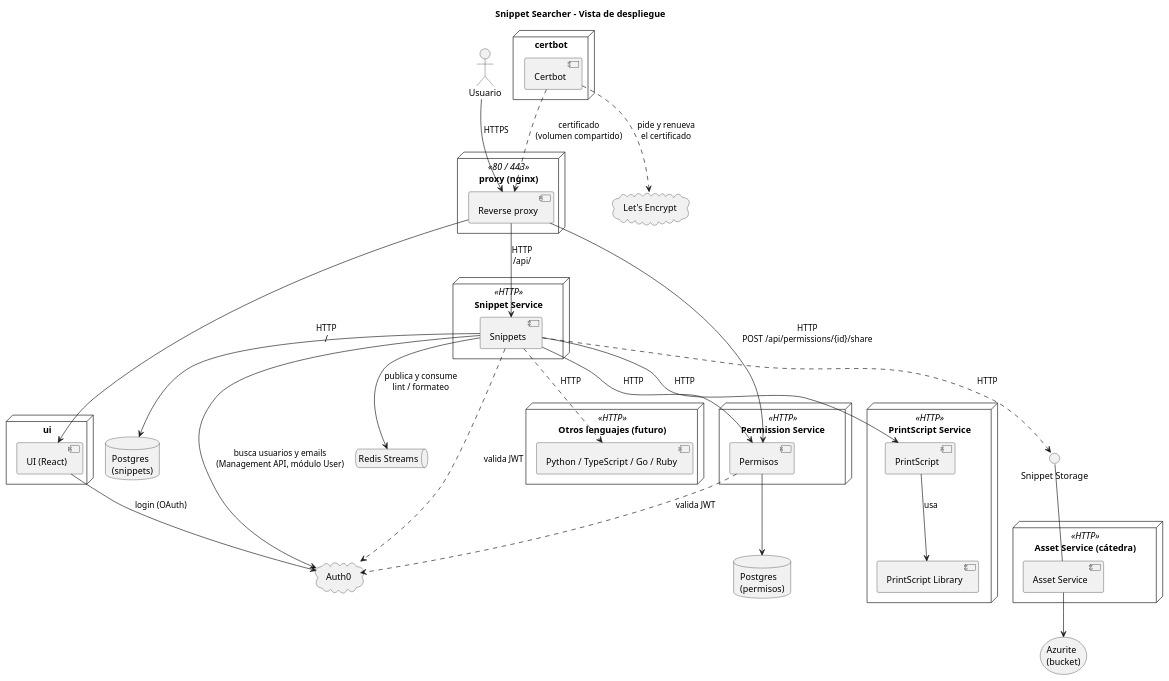
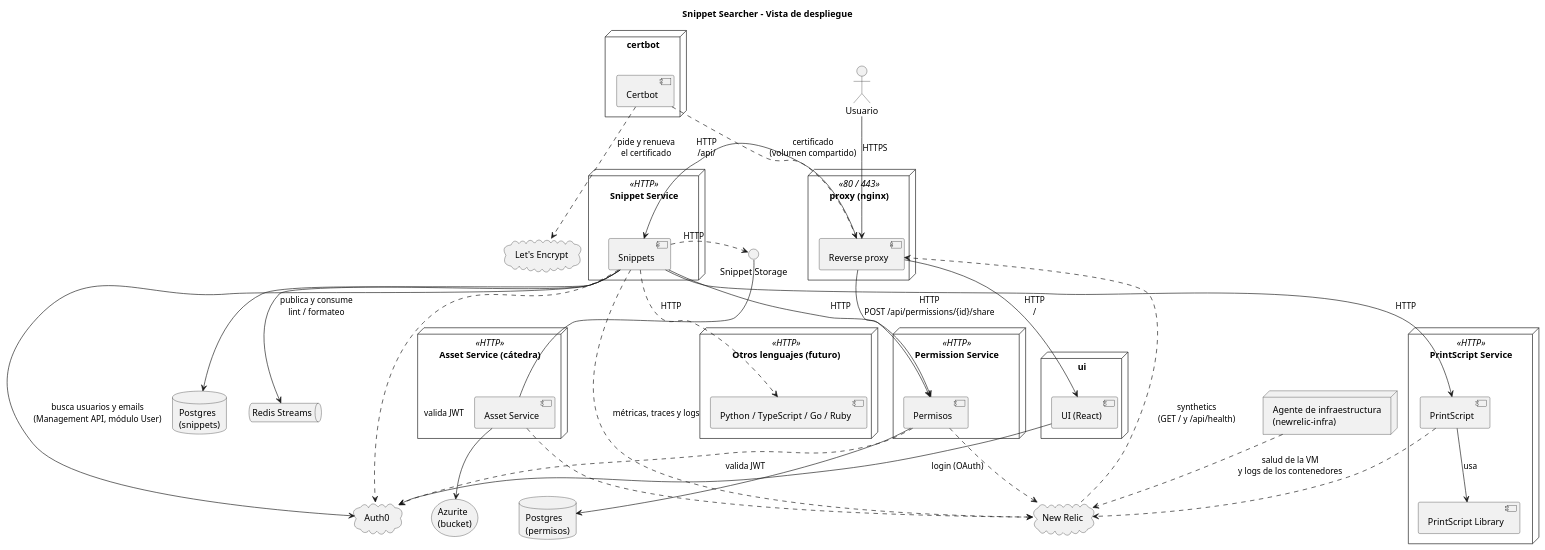
The diagram in docs/diagramas/componentes-despliegue.puml (MartinaCousido/SnippetSearcher), drawn with PlantUML before and after one commit. The commit also changed 1 other file, not shown here.

Commit message:
docs: suma New Relic al diagrama de despliegue
Refs: #80

```diff
--- a/docs/diagramas/componentes-despliegue.puml
+++ b/docs/diagramas/componentes-despliegue.puml
@@ -1,81 +1,92 @@
 @startuml componentes-despliegue
 ' Vista de despliegue: cada módulo corre como un servicio independiente
 ' que expone una API HTTP, con su propia base de datos cuando la necesita.
 ' El código de los snippets se guarda en un bucket, no en Postgres.
 ' Solo Snippets usa el Snippet Storage: a los lenguajes les manda el código.
 ' Todo entra por el proxy (nginx), con HTTPS. Adentro de la red, HTTP.
 
 title Snippet Searcher - Vista de despliegue
 skinparam componentStyle uml2
 
 actor Usuario
 
 cloud "Auth0" as Auth0
 cloud "Let's Encrypt" as LE
+cloud "New Relic" as NR
 
 node "proxy (nginx)" <<80 / 443>> as ProxyNode {
   component "Reverse proxy" as Proxy
 }
 
 node "certbot" as CertbotNode {
   component "Certbot" as Certbot
 }
 
 node "ui" as UINode {
   component "UI (React)" as UI
 }
 
 node "Permission Service" <<HTTP>> {
   component Permisos
 }
 database "Postgres\n(permisos)" as PermDB
 
 node "Snippet Service" <<HTTP>> {
   component Snippets
 }
 database "Postgres\n(snippets)" as SnipDB
 
 node "PrintScript Service" <<HTTP>> as PSNode {
   component PrintScript
   component "PrintScript Library" as PSLib
 }
 
 node "Otros lenguajes (futuro)" <<HTTP>> as OtrosNode {
   component "Python / TypeScript / Go / Ruby" as Otros
 }
 
 interface "Snippet Storage" as Storage
 node "Asset Service (cátedra)" <<HTTP>> {
   component "Asset Service" as BucketSvc
 }
 storage "Azurite\n(bucket)" as Bucket
 
 queue "Redis Streams" as Redis
 
 Usuario --> Proxy : HTTPS
 Proxy --> UI : HTTP\n/
 Proxy --> Snippets : HTTP\n/api/
 Proxy --> Permisos : HTTP\nPOST /api/permissions/{id}/share
 Certbot ..> LE : pide y renueva\nel certificado
 Certbot ..> Proxy : certificado\n(volumen compartido)
 UI --> Auth0 : login (OAuth)
 
 Snippets --> Permisos : HTTP
 Snippets --> PrintScript : HTTP
 Snippets ..> Otros : HTTP
 Snippets --> SnipDB
 Permisos --> PermDB
 
 PrintScript --> PSLib : usa
 
 Snippets ..> Storage : HTTP
 Snippets --> Redis : publica y consume\nlint / formateo
 
 BucketSvc -up- Storage
 BucketSvc --> Bucket
 
 Snippets ..> Auth0 : valida JWT
 Snippets --> Auth0 : busca usuarios y emails\n(Management API, módulo User)
 Permisos ..> Auth0 : valida JWT
 
+' Observabilidad (#82): cada servicio Java manda métricas, traces y logs con
+' el agente de New Relic; el agente de infraestructura (fuera del stack, en la
+' VM) manda la salud de la VM y los logs de todos los contenedores.
+node "Agente de infraestructura\n(newrelic-infra)" as NRInfra
+Snippets ..> NR : métricas, traces y logs
+Permisos ..> NR
+PrintScript ..> NR
+BucketSvc ..> NR
+NRInfra ..> NR : salud de la VM\ny logs de los contenedores
+NR ..> Proxy : synthetics\n(GET / y /api/health)
 @enduml
```
